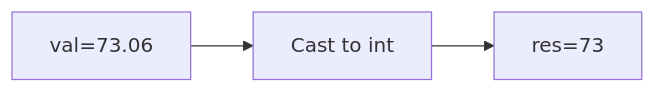
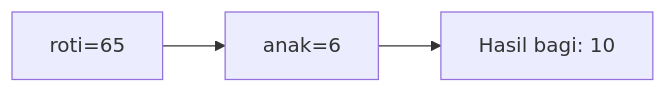
Before and after one commit to amnahwaida/OSNK_INF_PREP: the tenth of 25 diagrams in part-c-pemahaman-cpp/01-tipe-data/latihan/set-03.md, drawn with Mermaid. The commit also changed other lines of this file and 71 other files, not shown here.

````diff
--- a/part-c-pemahaman-cpp/01-tipe-data/latihan/set-03.md
+++ b/part-c-pemahaman-cpp/01-tipe-data/latihan/set-03.md
@@ -322,5 +277,5 @@
 ```mermaid
 graph LR
-A["val=73.06"] --> B["Cast to int"]
-B --> C["res=73"]
+A["roti=65"] --> B["anak=6"]
+B --> C["Hasil bagi: 10"]
 ```
````
